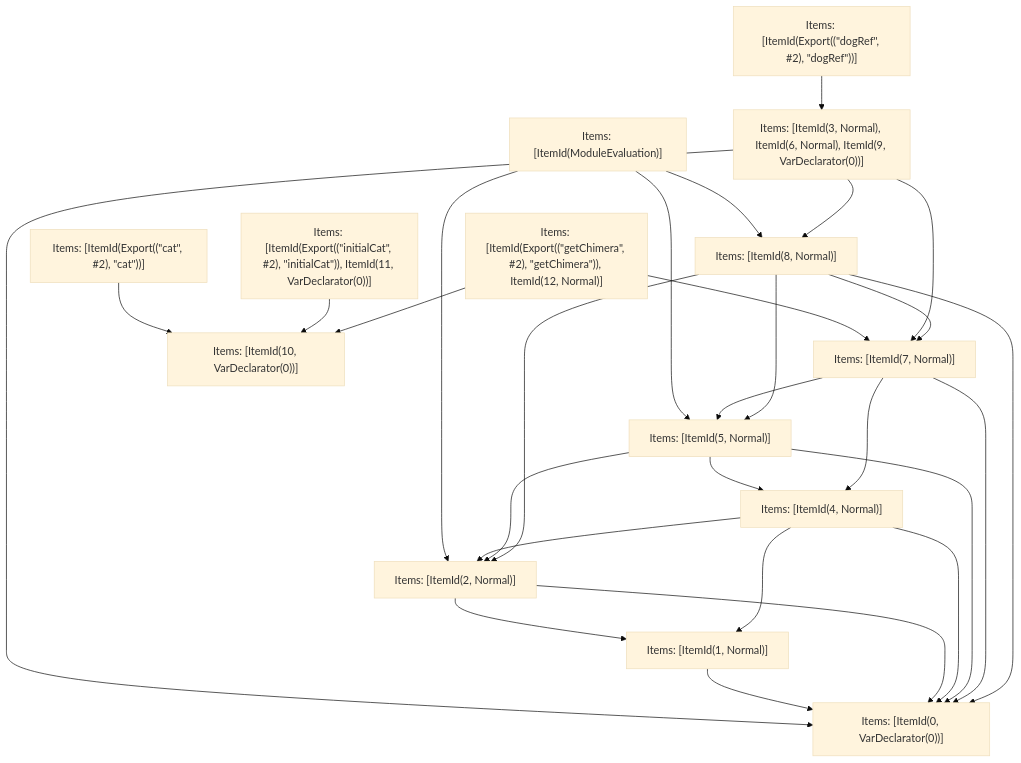
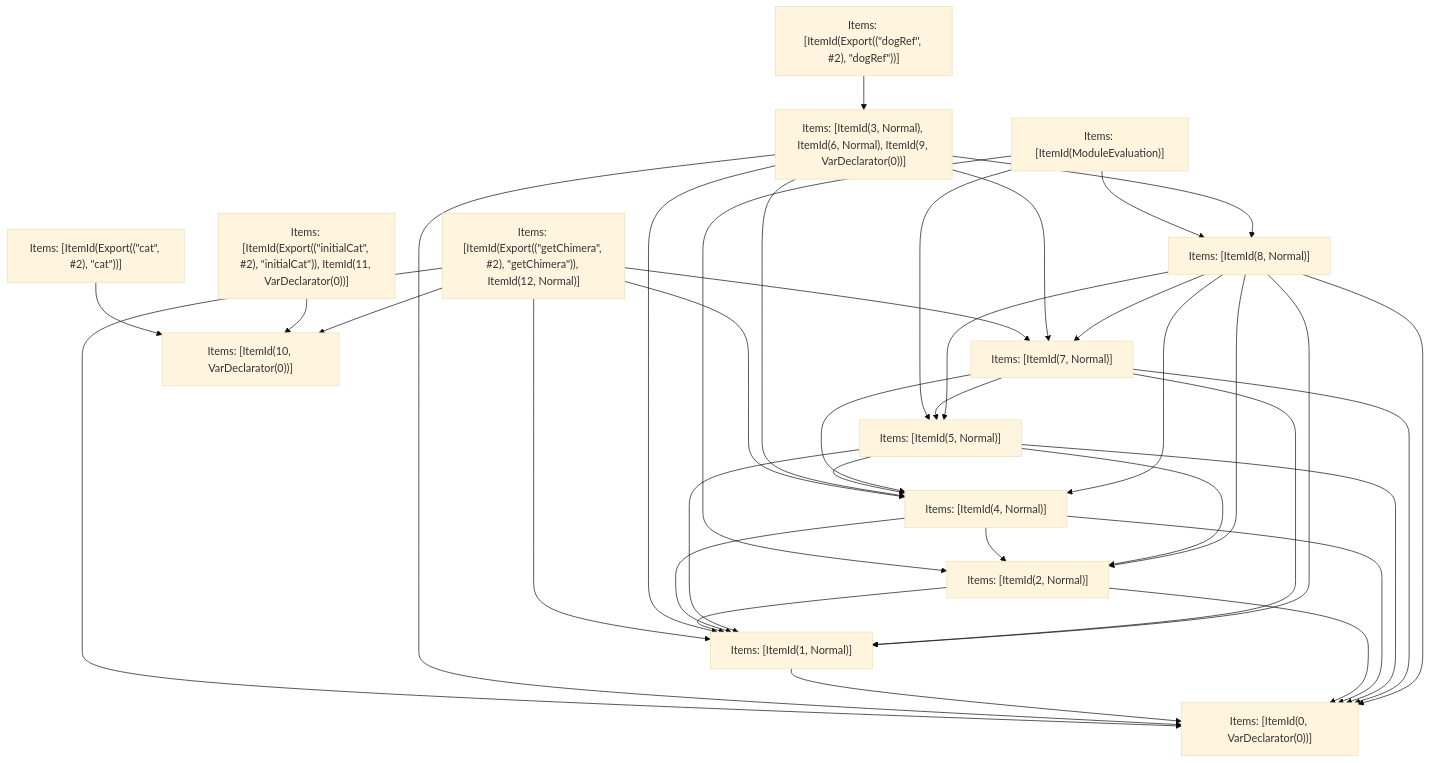
The fifth of 5 diagrams in crates/turbopack-ecmascript/tests/tree-shaker/analyzer/complex/output.md (vercel/turborepo), drawn with Mermaid (base theme) before and after one commit. The commit also changed other lines of this file and 9 other files, not shown here.

````diff
--- a/crates/turbopack-ecmascript/tests/tree-shaker/analyzer/complex/output.md
+++ b/crates/turbopack-ecmascript/tests/tree-shaker/analyzer/complex/output.md
@@ -350,44 +380,53 @@
 ```mermaid
 graph TD
     N0["Items: [ItemId(ModuleEvaluation)]"];
     N1["Items: [ItemId(Export((&quot;dogRef&quot;, #2), &quot;dogRef&quot;))]"];
     N2["Items: [ItemId(Export((&quot;cat&quot;, #2), &quot;cat&quot;))]"];
     N3["Items: [ItemId(Export((&quot;initialCat&quot;, #2), &quot;initialCat&quot;)), ItemId(11, VarDeclarator(0))]"];
     N4["Items: [ItemId(Export((&quot;getChimera&quot;, #2), &quot;getChimera&quot;)), ItemId(12, Normal)]"];
     N5["Items: [ItemId(3, Normal), ItemId(6, Normal), ItemId(9, VarDeclarator(0))]"];
     N6["Items: [ItemId(0, VarDeclarator(0))]"];
     N7["Items: [ItemId(1, Normal)]"];
     N8["Items: [ItemId(2, Normal)]"];
     N9["Items: [ItemId(4, Normal)]"];
     N10["Items: [ItemId(5, Normal)]"];
     N11["Items: [ItemId(7, Normal)]"];
     N12["Items: [ItemId(8, Normal)]"];
     N13["Items: [ItemId(10, VarDeclarator(0))]"];
     N0 --> N8;
     N0 --> N10;
     N0 --> N12;
     N1 --> N5;
     N2 --> N13;
     N3 --> N13;
     N4 --> N13;
+    N4 --> N6;
+    N4 --> N7;
+    N4 --> N9;
     N4 --> N11;
+    N5 --> N6;
+    N5 --> N7;
+    N5 --> N9;
     N5 --> N11;
     N5 --> N12;
-    N5 --> N6;
     N7 --> N6;
+    N8 --> N6;
     N8 --> N7;
-    N8 --> N6;
+    N9 --> N6;
     N9 --> N7;
-    N9 --> N6;
     N9 --> N8;
+    N10 --> N6;
+    N10 --> N7;
     N10 --> N9;
-    N10 --> N6;
     N10 --> N8;
+    N11 --> N6;
+    N11 --> N7;
     N11 --> N9;
-    N11 --> N6;
     N11 --> N10;
+    N12 --> N6;
+    N12 --> N7;
+    N12 --> N9;
     N12 --> N11;
-    N12 --> N6;
     N12 --> N8;
     N12 --> N10;
 ```
````
